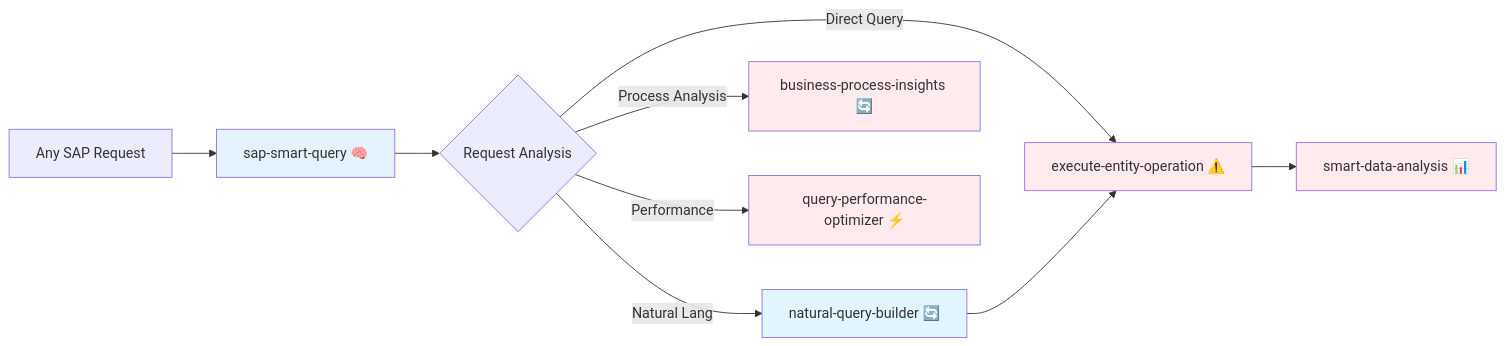
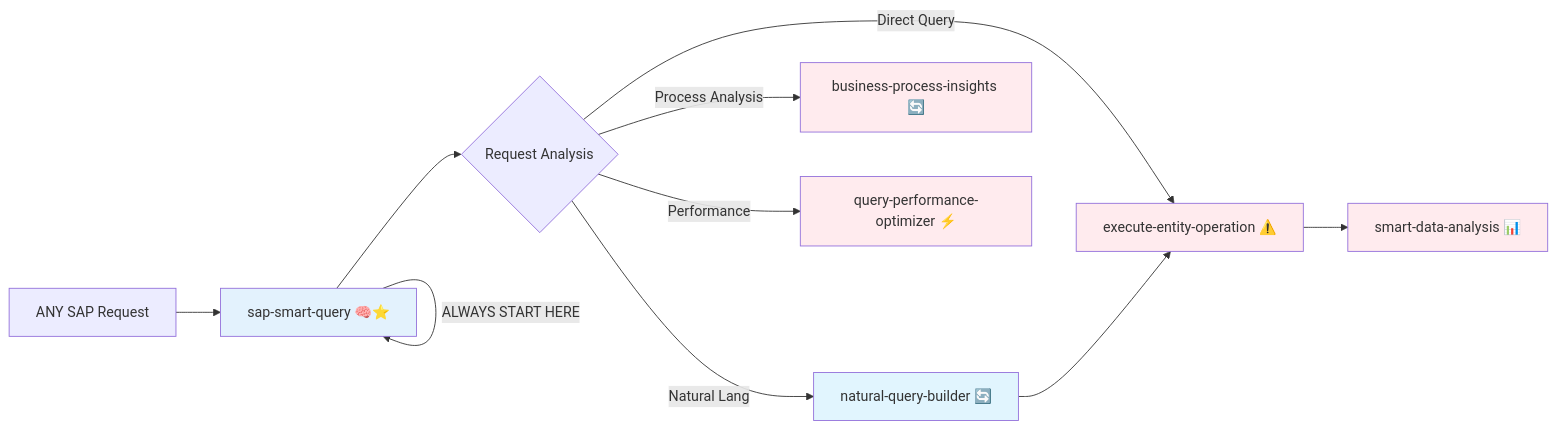
The second of 10 diagrams in config/workflow-guide.md (Raistlin82/btp-sap-odata-to-mcp-server-optimized), drawn with Mermaid before and after one commit. The commit also changed other lines of this file and 22 other files, not shown here.

````diff
--- a/config/workflow-guide.md
+++ b/config/workflow-guide.md
@@ -56,18 +83,19 @@
 ```mermaid
 graph LR
-    A[Any SAP Request] --> B[sap-smart-query 🧠]
+    A[ANY SAP Request] --> B[sap-smart-query 🧠⭐]
+    B --> |"ALWAYS START HERE"|B
     B --> C{Request Analysis}
     C -->|Natural Lang| D[natural-query-builder 🔄]
     C -->|Direct Query| E[execute-entity-operation ⚠️]
     C -->|Process Analysis| F[business-process-insights 🔄]
     C -->|Performance| G[query-performance-optimizer ⚡]
     D --> E
     E --> H[smart-data-analysis 📊]
     
     style B fill:#e3f2fd
     style D fill:#e1f5fe
     style E fill:#ffebee
     style F fill:#ffebee
     style G fill:#ffebee
     style H fill:#ffebee
 ```
````
